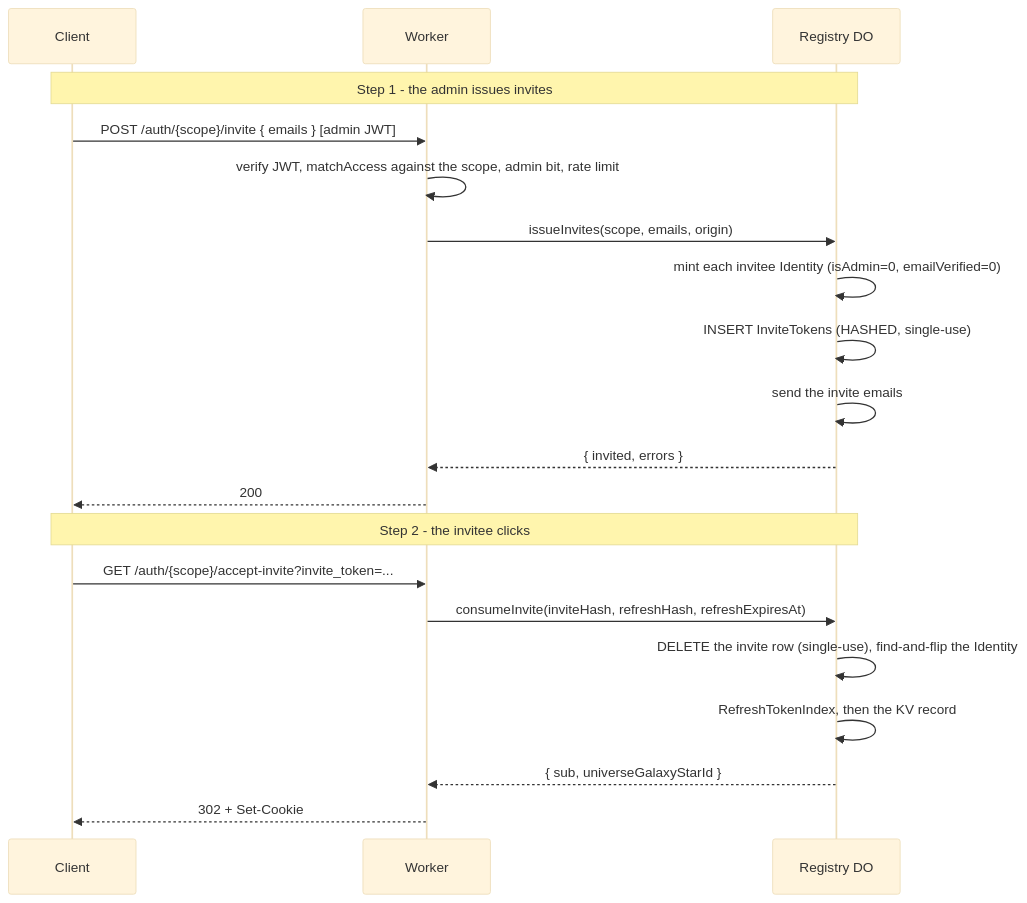
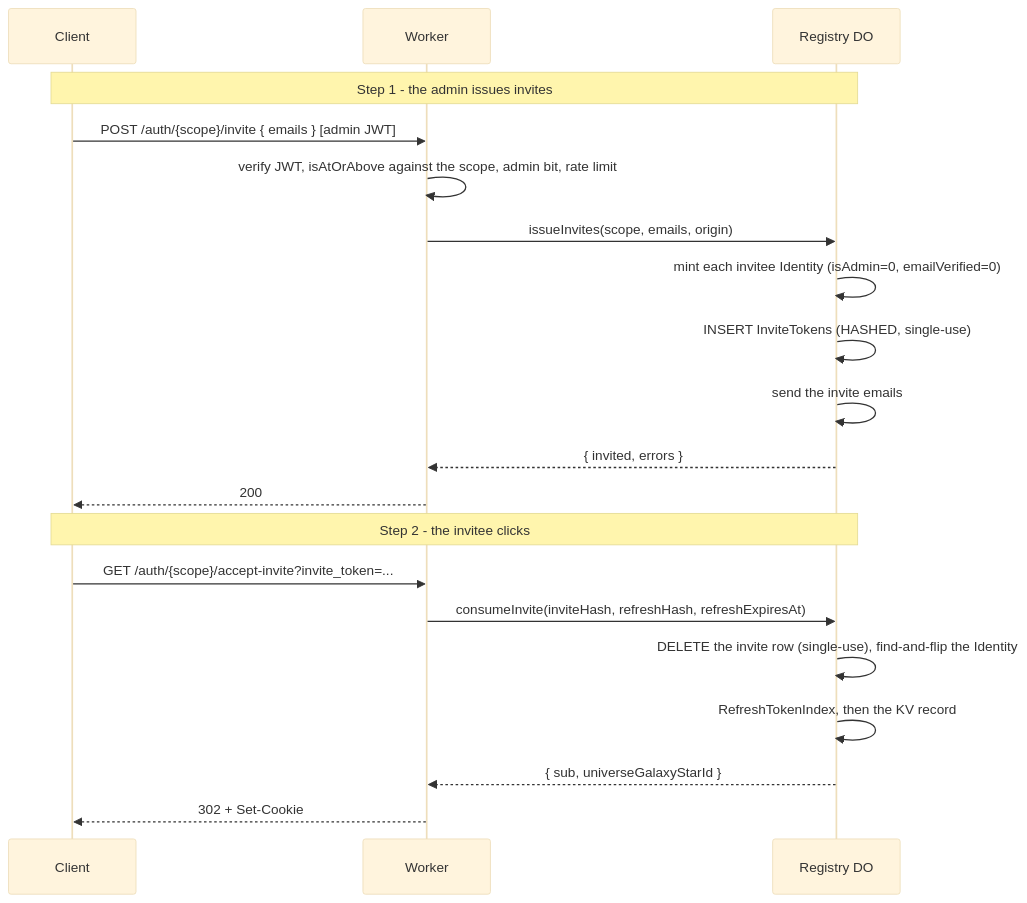
One commit to lumenize/lumenize changed the third of 8 diagrams in packages/nebula-auth/README.md. Above: the diagram before and after it, drawn with Mermaid (base theme). The commit also changed other lines of this file and 59 other files, not shown here.

````diff
--- a/packages/nebula-auth/README.md
+++ b/packages/nebula-auth/README.md
@@ -243,24 +243,24 @@
 ```mermaid
 sequenceDiagram
     participant C as Client
     participant W as Worker
     participant R as Registry DO
 
     Note over C,R: Step 1 - the admin issues invites
     C->>W: POST /auth/{scope}/invite { emails } [admin JWT]
-    W->>W: verify JWT, matchAccess against the scope, admin bit, rate limit
+    W->>W: verify JWT, isAtOrAbove against the scope, admin bit, rate limit
     W->>R: issueInvites(scope, emails, origin)
     R->>R: mint each invitee Identity (isAdmin=0, emailVerified=0)
     R->>R: INSERT InviteTokens (HASHED, single-use)
     R->>R: send the invite emails
     R-->>W: { invited, errors }
     W-->>C: 200
 
     Note over C,R: Step 2 - the invitee clicks
     C->>W: GET /auth/{scope}/accept-invite?invite_token=...
     W->>R: consumeInvite(inviteHash, refreshHash, refreshExpiresAt)
     R->>R: DELETE the invite row (single-use), find-and-flip the Identity
     R->>R: RefreshTokenIndex, then the KV record
     R-->>W: { sub, universeGalaxyStarId }
     W-->>C: 302 + Set-Cookie
 ```
````
